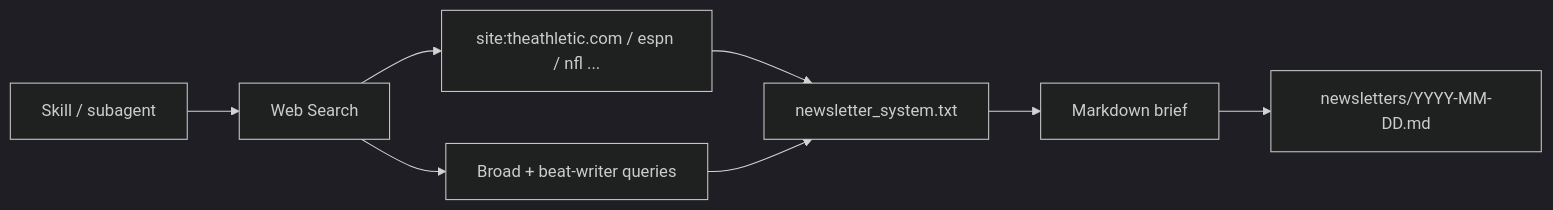
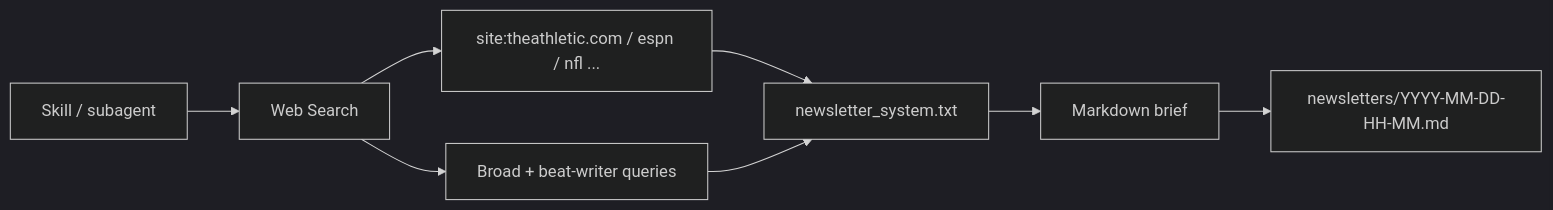
The diagram in README.md (stevenhayes97/chicago-bears-news-agent), drawn with Mermaid (dark theme) before and after one commit. The commit also changed other lines of this file and 3 other files, not shown here.

````diff
--- a/README.md
+++ b/README.md
@@ -45,10 +45,10 @@
 ```mermaid
 flowchart LR
   A[Skill / subagent] --> B[Web Search]
   B --> C[site:theathletic.com / espn / nfl ...]
   B --> D[Broad + beat-writer queries]
   C --> E[newsletter_system.txt]
   D --> E
   E --> F[Markdown brief]
-  F --> G[newsletters/YYYY-MM-DD.md]
+  F --> G[newsletters/YYYY-MM-DD-HH-MM.md]
 ```
````
